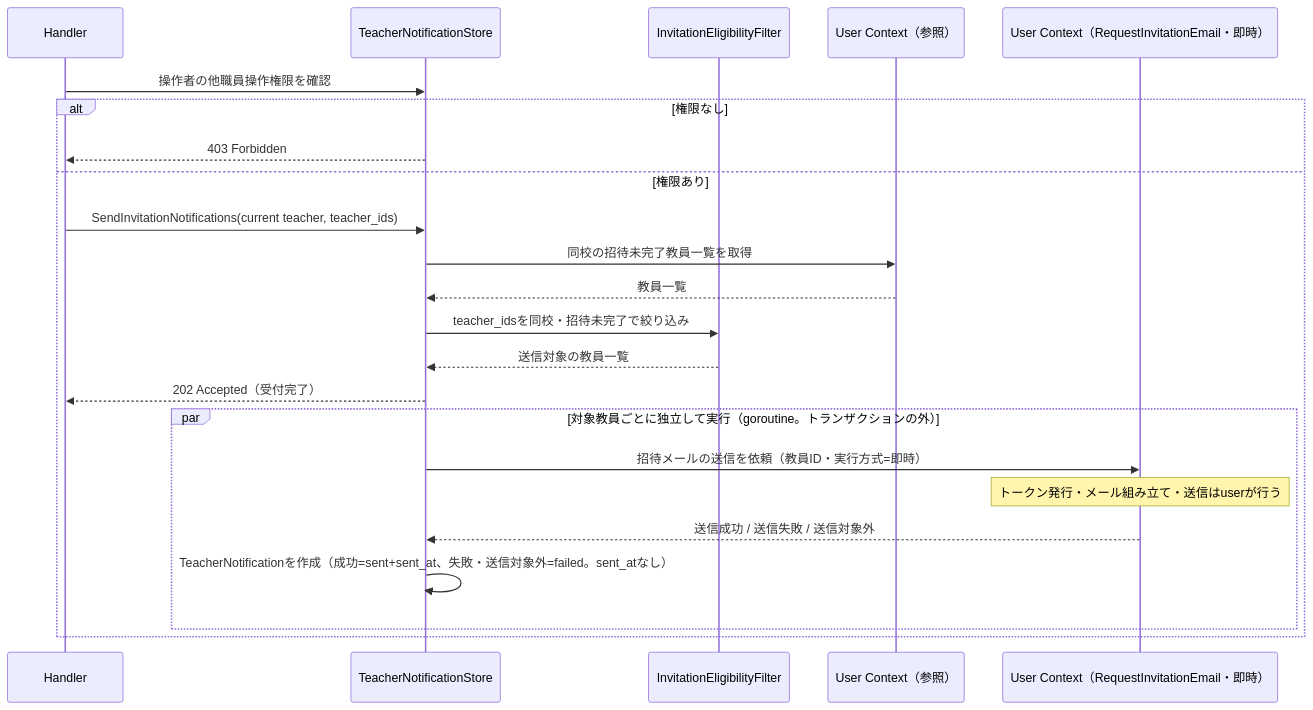
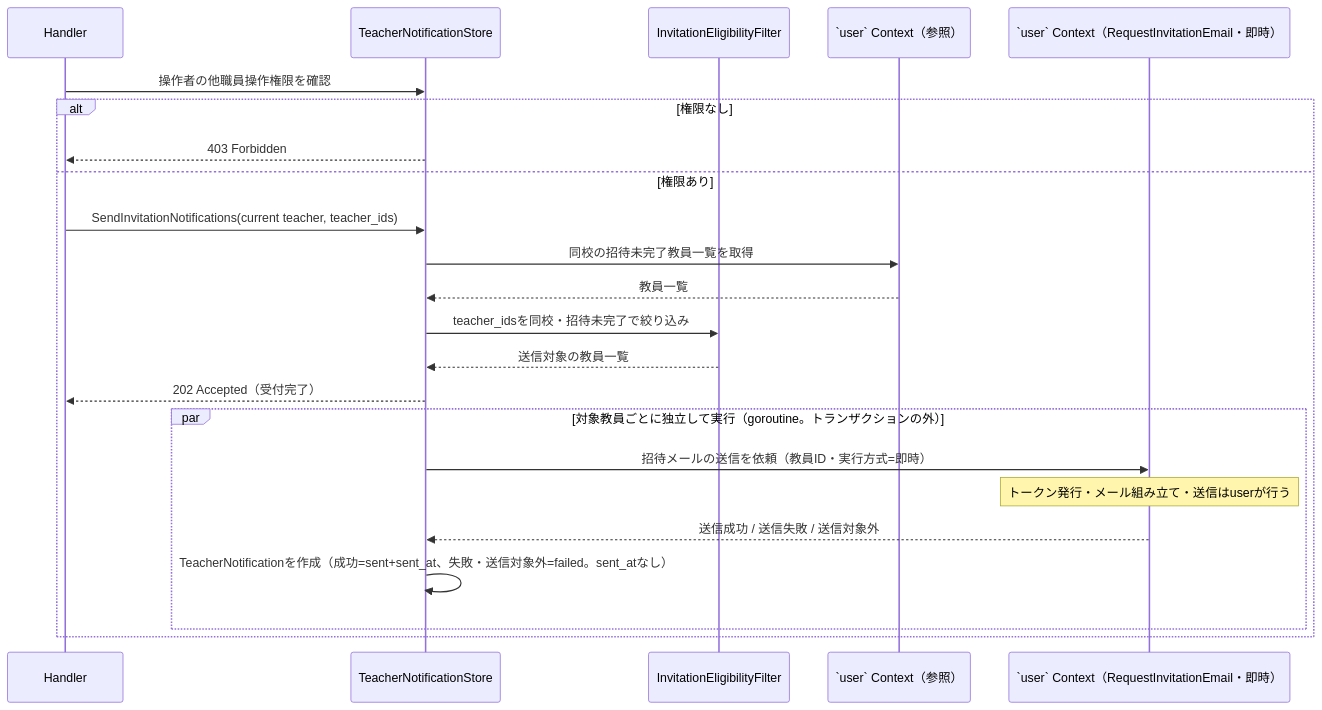
One commit to yuta20253/edu-platform-go-design changed the second of 2 diagrams in 計画書/GO移行・設計仕様書/教員招待通知機能_Go移行・設計仕様書.md. Above: the diagram before and after it, drawn with Mermaid. The commit also changed other lines of this file and 46 other files, not shown here.

````diff
--- a/計画書/GO移行・設計仕様書/教員招待通知機能_Go移行・設計仕様書.md
+++ b/計画書/GO移行・設計仕様書/教員招待通知機能_Go移行・設計仕様書.md
@@ -267,26 +267,26 @@
 ```mermaid
 sequenceDiagram
     participant H as Handler
     participant S as TeacherNotificationStore
     participant F as InvitationEligibilityFilter
-    participant U as User Context（参照）
-    participant R as User Context（RequestInvitationEmail・即時）
+    participant U as `user` Context（参照）
+    participant R as `user` Context（RequestInvitationEmail・即時）
 
     H->>S: 操作者の他職員操作権限を確認
     alt 権限なし
         S-->>H: 403 Forbidden
     else 権限あり
         H->>S: SendInvitationNotifications(current teacher, teacher_ids)
         S->>U: 同校の招待未完了教員一覧を取得
         U-->>S: 教員一覧
         S->>F: teacher_idsを同校・招待未完了で絞り込み
         F-->>S: 送信対象の教員一覧
         S-->>H: 202 Accepted（受付完了）
         par 対象教員ごとに独立して実行（goroutine。トランザクションの外）
             S->>R: 招待メールの送信を依頼（教員ID・実行方式=即時）
             Note over R: トークン発行・メール組み立て・送信はuserが行う
             R-->>S: 送信成功 / 送信失敗 / 送信対象外
             S->>S: TeacherNotificationを作成（成功=sent+sent_at、失敗・送信対象外=failed。sent_atなし）
         end
     end
 ```
````
